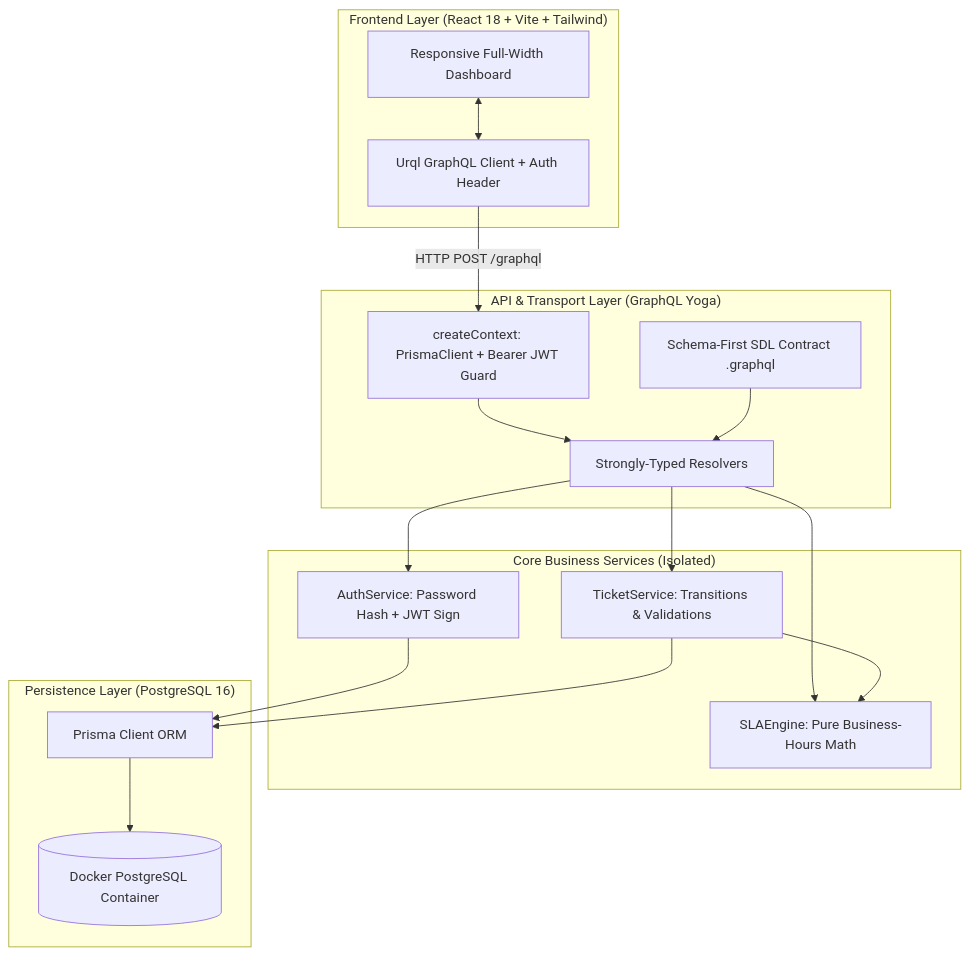
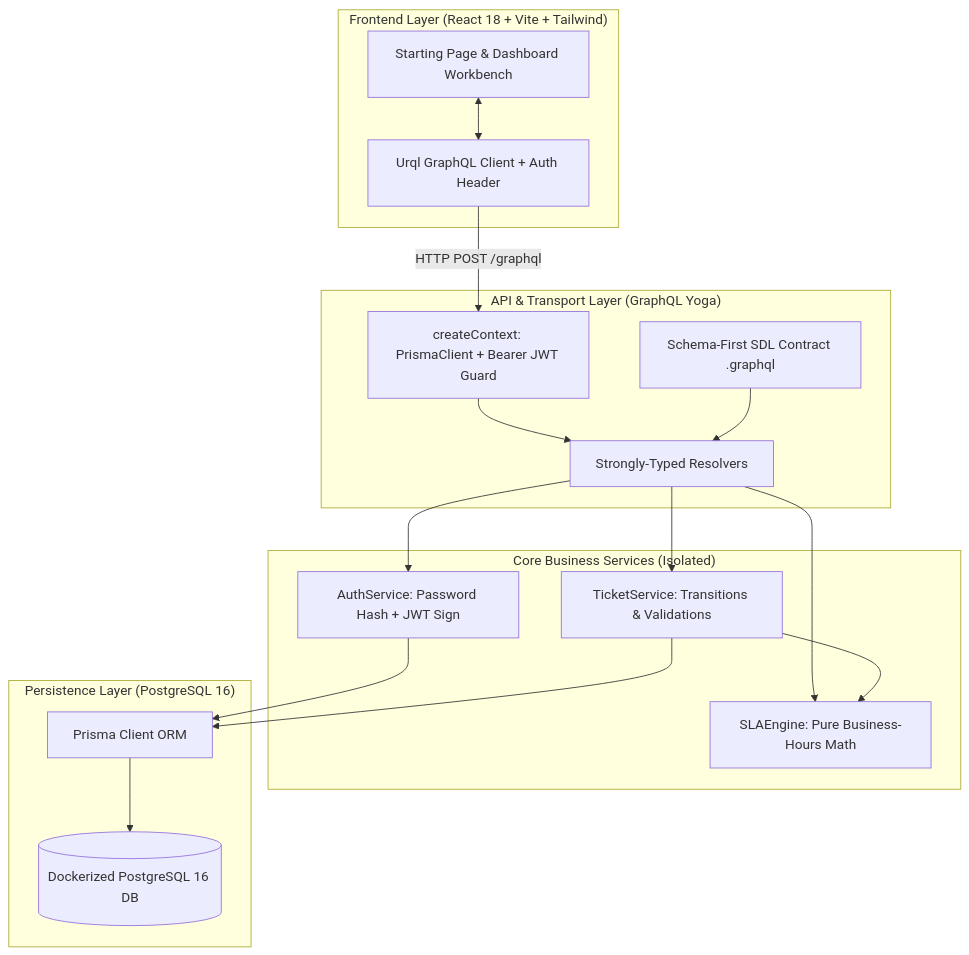
The first of 3 diagrams in README.md (LEVELING2108/Support-Ticket-SLA-Service-Level-Agreement-Tracker), drawn with Mermaid before and after one commit. The commit also changed other lines of this file and 1 other file, not shown here.

````diff
--- a/README.md
+++ b/README.md
@@ -79,35 +108,35 @@
 ```mermaid
 flowchart TD
     subgraph Client ["Frontend Layer (React 18 + Vite + Tailwind)"]
-        UI[Responsive Full-Width Dashboard]
+        UI[Starting Page & Dashboard Workbench]
         Urql[Urql GraphQL Client + Auth Header]
         UI <--> Urql
     end
 
     subgraph API ["API & Transport Layer (GraphQL Yoga)"]
         Context[createContext: PrismaClient + Bearer JWT Guard]
         SDL[Schema-First SDL Contract .graphql]
         Resolvers[Strongly-Typed Resolvers]
         Urql -->|HTTP POST /graphql| Context
         Context --> Resolvers
         SDL --> Resolvers
     end
 
     subgraph CoreServices ["Core Business Services (Isolated)"]
         AuthSvc[AuthService: Password Hash + JWT Sign]
         TicketSvc[TicketService: Transitions & Validations]
         SLAEngine[SLAEngine: Pure Business-Hours Math]
         Resolvers --> AuthSvc
         Resolvers --> TicketSvc
         Resolvers --> SLAEngine
         TicketSvc --> SLAEngine
     end
 
-    subgraph Data ["Persistence Layer (PostgreSQL 16)"]
+    subgraph Persistence ["Persistence Layer (PostgreSQL 16)"]
         Prisma[Prisma Client ORM]
-        Postgres[(Docker PostgreSQL Container)]
+        Postgres[(Dockerized PostgreSQL 16 DB)]
         AuthSvc --> Prisma
         TicketSvc --> Prisma
         Prisma --> Postgres
     end
 ```
````
